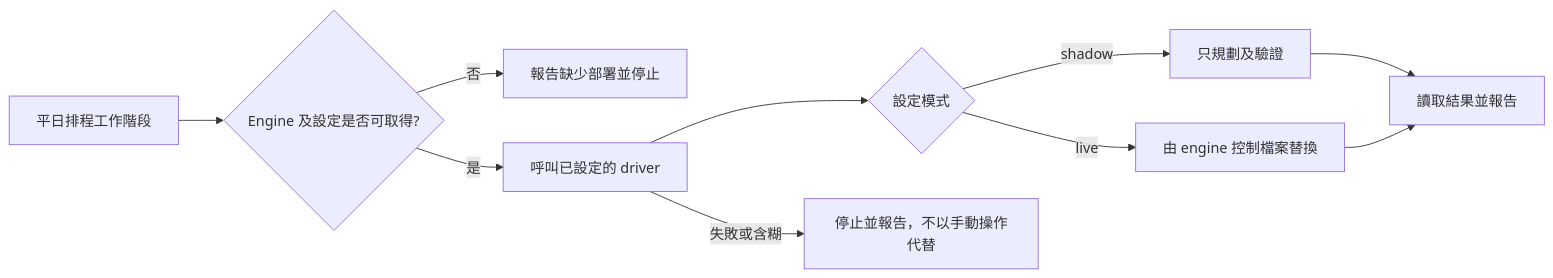
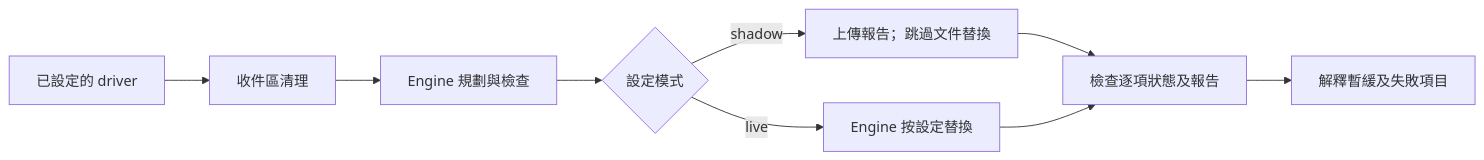
One commit to jackyngtf/autonomous-agent-workflows changed the diagram in docs/case-study/07-etms-document-handoff.zh-TW.md. Above: the diagram before and after it, drawn with Mermaid. The commit also changed other lines of this file and 30 other files, not shown here.

````diff
--- a/docs/case-study/07-etms-document-handoff.zh-TW.md
+++ b/docs/case-study/07-etms-document-handoff.zh-TW.md
@@ -13,12 +13,11 @@
 ```mermaid
 flowchart LR
-  S[平日排程工作階段] --> A{Engine 及設定是否可取得?}
-  A -->|否| N[報告缺少部署並停止]
-  A -->|是| D[呼叫已設定的 driver]
-  D --> M{設定模式}
-  M -->|shadow| P[只規劃及驗證]
-  M -->|live| W[由 engine 控制檔案替換]
-  P --> R[讀取結果並報告]
-  W --> R
-  D -->|失敗或含糊| F[停止並報告，不以手動操作代替]
+  A[已設定的 driver] --> H[收件區清理]
+  H --> P[Engine 規劃與檢查]
+  P --> M{設定模式}
+  M -->|shadow| R[上傳報告；跳過文件替換]
+  M -->|live| W[Engine 按設定替換]
+  R --> I[檢查逐項狀態及報告]
+  W --> I
+  I --> F[解釋暫緩及失敗項目]
 ```
````
